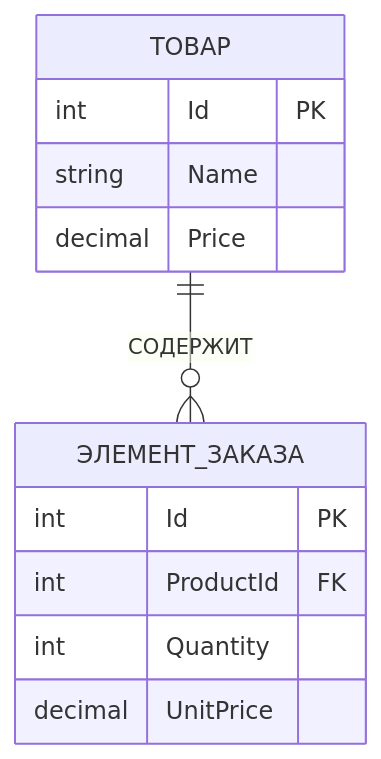
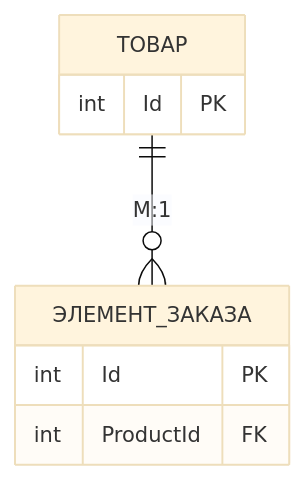
Before and after one commit to BDVRepo/Shop: the sixth of 7 diagrams in example/КУРСОВАЯ_РАБОТА.md, drawn with Mermaid. The commit also changed other lines of this file and 1 other file, not shown here.

````diff
--- a/example/КУРСОВАЯ_РАБОТА.md
+++ b/example/КУРСОВАЯ_РАБОТА.md
@@ -359,15 +318,12 @@
 ```mermaid
+%%{init: {'theme':'base', 'themeVariables': {'fontSize':'14px'}}}%%
 erDiagram
-    ТОВАР ||--o{ ЭЛЕМЕНТ_ЗАКАЗА : "СОДЕРЖИТ"
+    ТОВАР ||--o{ ЭЛЕМЕНТ_ЗАКАЗА : "M:1"
     ТОВАР {
         int Id PK
-        string Name
-        decimal Price
     }
     ЭЛЕМЕНТ_ЗАКАЗА {
         int Id PK
         int ProductId FK
-        int Quantity
-        decimal UnitPrice
     }
 ```
````
